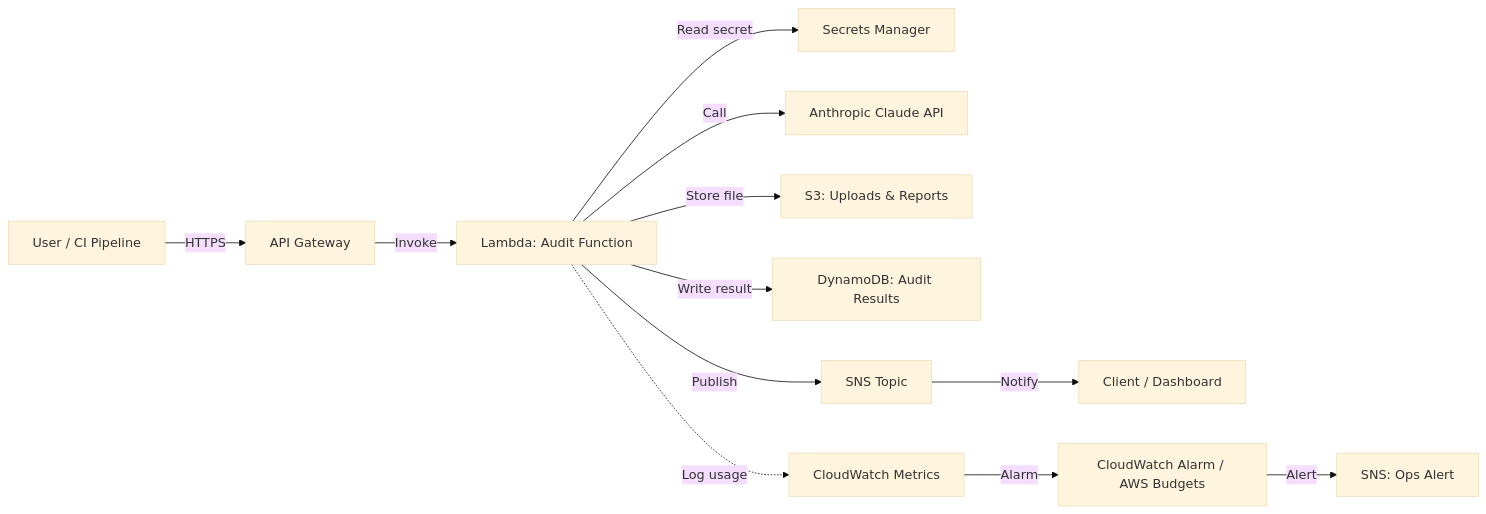
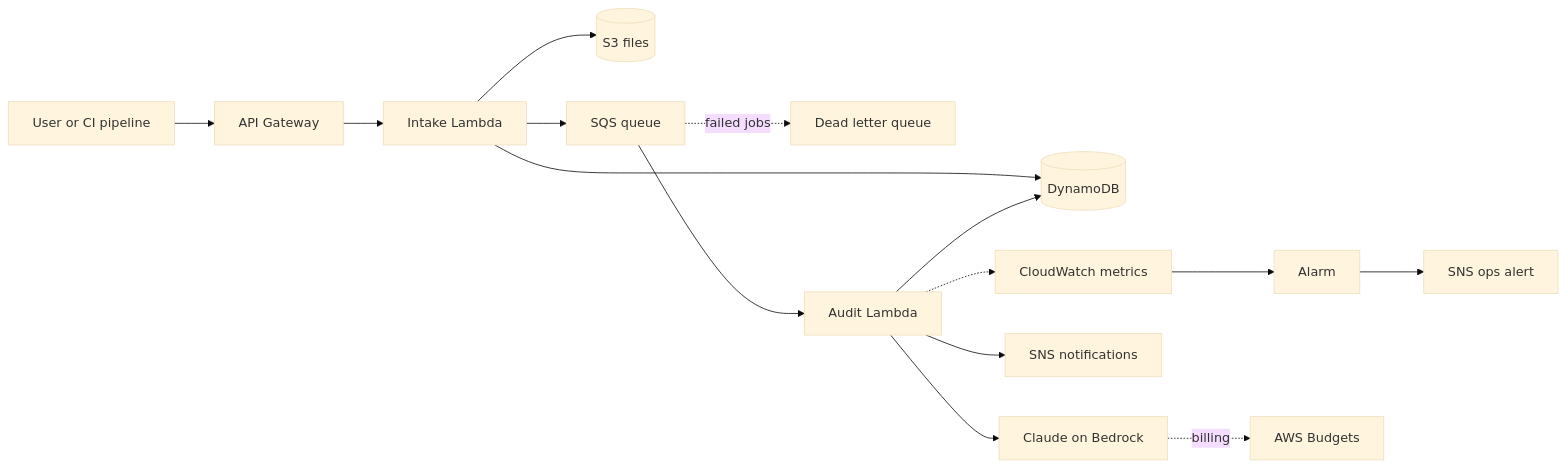
The diagram in TASK4_aws_architecture.md (IT22101938/code-audit-tool), drawn with Mermaid (base theme) before and after one commit. The commit also changed other lines of this file and 7 other files, not shown here.

````diff
--- a/TASK4_aws_architecture.md
+++ b/TASK4_aws_architecture.md
@@ -9,14 +5,16 @@
 ```mermaid
 flowchart LR
-    User[User / CI Pipeline] -->|HTTPS| APIGW[API Gateway]
-    APIGW -->|Invoke| Lambda[Lambda: Audit Function]
-    Lambda -->|Read secret| Secrets[Secrets Manager]
-    Lambda -->|Call| Claude[Anthropic Claude API]
-    Lambda -->|Store file| S3[S3: Uploads & Reports]
-    Lambda -->|Write result| DDB[DynamoDB: Audit Results]
-    Lambda -->|Publish| SNS[SNS Topic]
-    SNS -->|Notify| Notify[Client / Dashboard]
-    Lambda -.->|Log usage| CW[CloudWatch Metrics]
-    CW -->|Alarm| Budget[CloudWatch Alarm / AWS Budgets]
-    Budget -->|Alert| SNS2[SNS: Ops Alert]
+    U[User or CI pipeline] --> APIGW[API Gateway]
+    APIGW --> IN[Intake Lambda]
+    IN --> S3[(S3 files)]
+    IN --> DDB[(DynamoDB)]
+    IN --> SQS[SQS queue]
+    SQS -.->|failed jobs| DLQ[Dead letter queue]
+    SQS --> W[Audit Lambda]
+    W --> BR[Claude on Bedrock]
+    W --> DDB
+    W --> SNS[SNS notifications]
+    W -.-> CW[CloudWatch metrics]
+    CW --> AL[Alarm] --> OPS[SNS ops alert]
+    BR -.->|billing| BUD[AWS Budgets]
 ```
````
